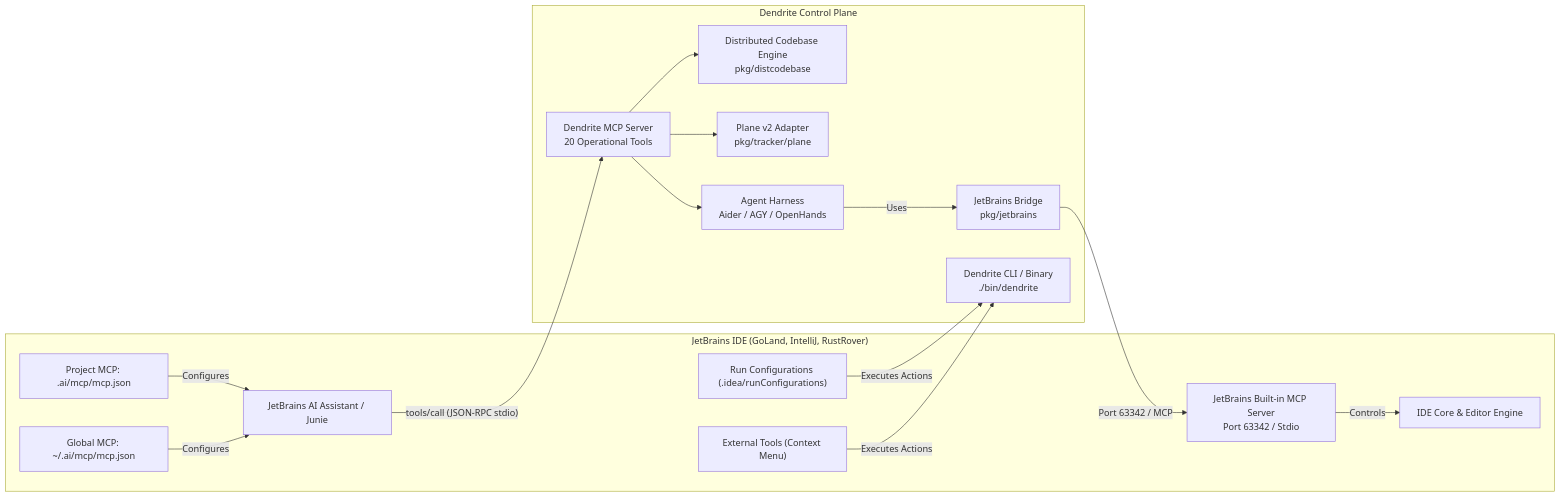
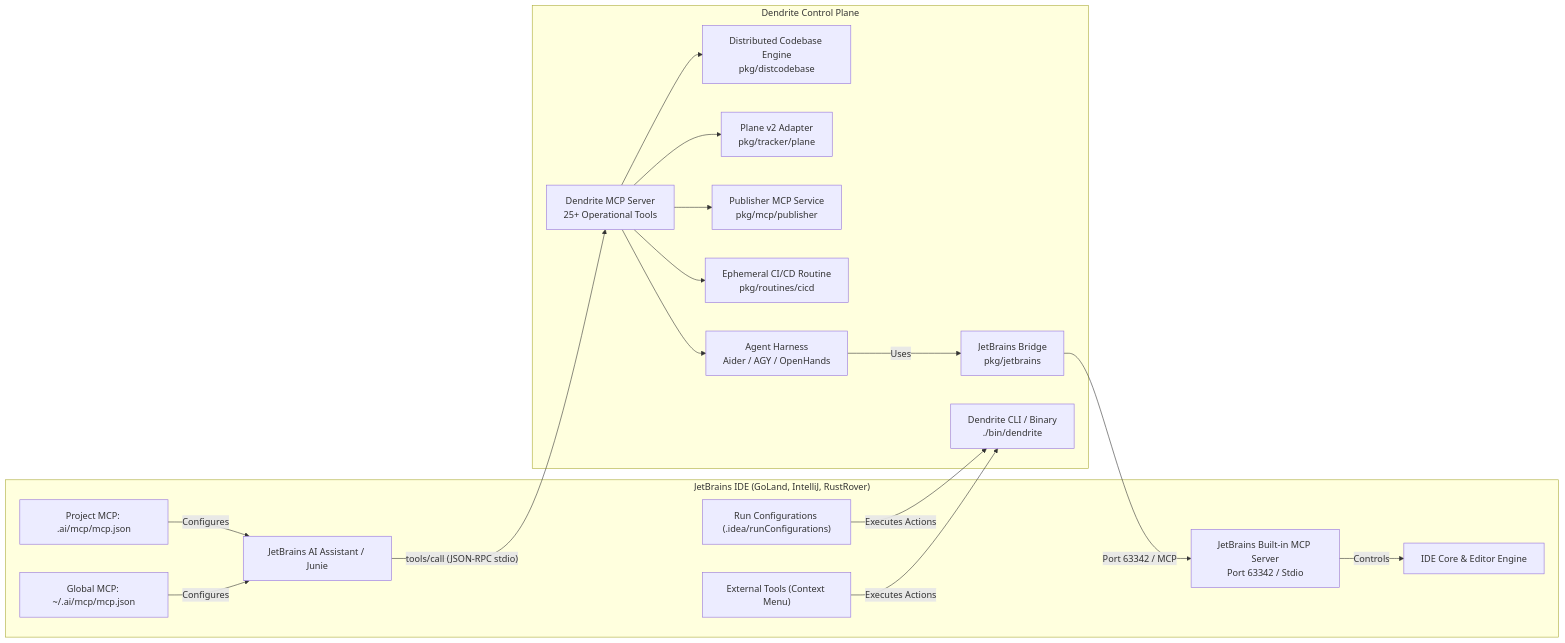
Before and after one commit to yasuomaidana/dendrite: the diagram in docs/guides/jetbrains-mcp-and-agents-setup.md, drawn with Mermaid. The commit also changed other lines of this file and 20 other files, not shown here.

````diff
--- a/docs/guides/jetbrains-mcp-and-agents-setup.md
+++ b/docs/guides/jetbrains-mcp-and-agents-setup.md
@@ -21,32 +21,36 @@
 ```mermaid
 flowchart LR
     subgraph "JetBrains IDE (GoLand, IntelliJ, RustRover)"
         IDE_Core["IDE Core & Editor Engine"]
         AIAssistant["JetBrains AI Assistant / Junie"]
         IDE_MCP_Srv["JetBrains Built-in MCP Server<br/>Port 63342 / Stdio"]
         ConfigProject["Project MCP: .ai/mcp/mcp.json"]
         ConfigGlobal["Global MCP: ~/.ai/mcp/mcp.json"]
         RunConfigs["Run Configurations (.idea/runConfigurations)"]
         ExtTools["External Tools (Context Menu)"]
     end
 
     subgraph "Dendrite Control Plane"
         DendriteCLI["Dendrite CLI / Binary<br/>./bin/dendrite"]
-        MCPServer["Dendrite MCP Server<br/>20 Operational Tools"]
+        MCPServer["Dendrite MCP Server<br/>25+ Operational Tools"]
         DistEngine["Distributed Codebase Engine<br/>pkg/distcodebase"]
         PlaneAdapter["Plane v2 Adapter<br/>pkg/tracker/plane"]
+        PublisherSvc["Publisher MCP Service<br/>pkg/mcp/publisher"]
+        CICDRoutine["Ephemeral CI/CD Routine<br/>pkg/routines/cicd"]
         JBBridge["JetBrains Bridge<br/>pkg/jetbrains"]
         AgentRunner["Agent Harness<br/>Aider / AGY / OpenHands"]
     end
 
     ConfigProject & ConfigGlobal -->|Configures| AIAssistant
     AIAssistant -->|"tools/call (JSON-RPC stdio)"| MCPServer
     MCPServer --> DistEngine
     MCPServer --> PlaneAdapter
+    MCPServer --> PublisherSvc
+    MCPServer --> CICDRoutine
     MCPServer --> AgentRunner
 
     RunConfigs & ExtTools -->|Executes Actions| DendriteCLI
     AgentRunner -->|Uses| JBBridge
     JBBridge -->|Port 63342 / MCP| IDE_MCP_Srv
     IDE_MCP_Srv -->|Controls| IDE_Core
 ```
````
